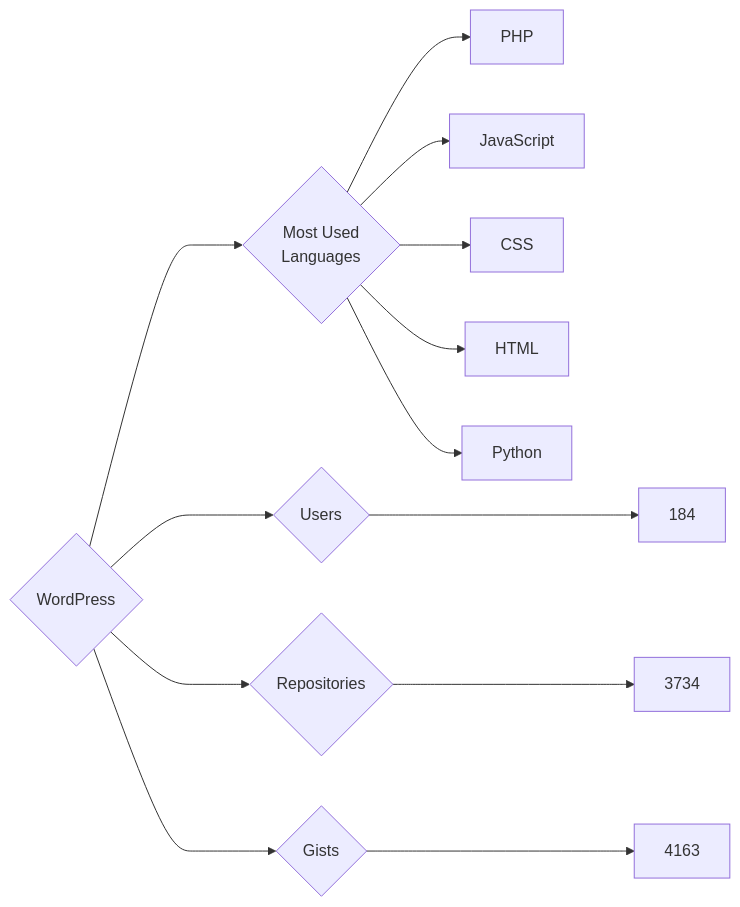
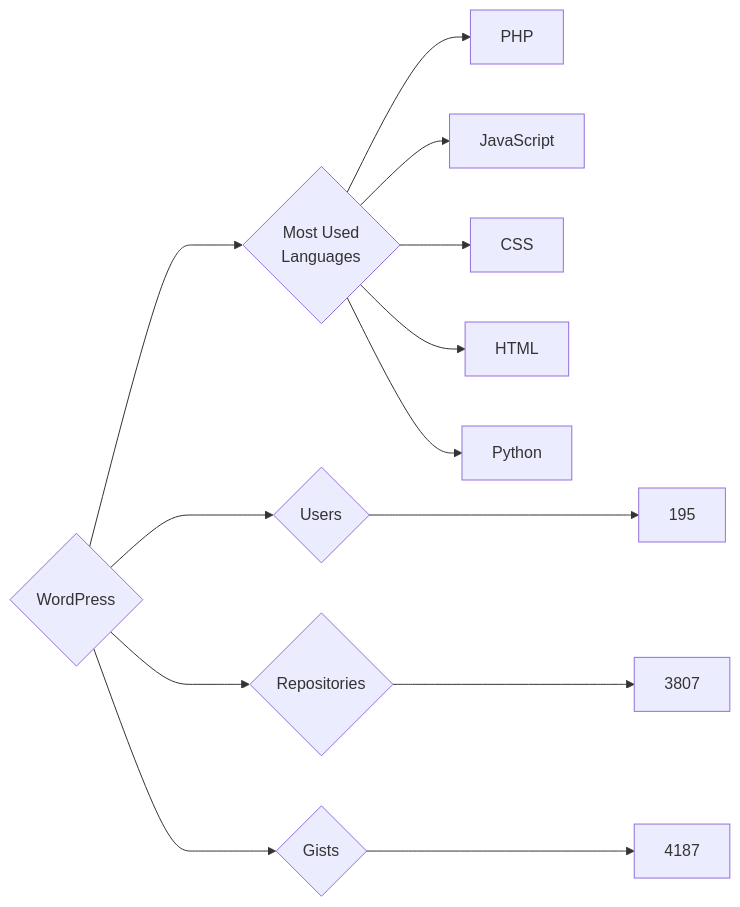
One commit to trickest/insiders changed the diagram in targets/WordPress/README.md. Above: the diagram before and after it, drawn with Mermaid. The commit also changed 839 other files, not shown here.

````diff
--- a/targets/WordPress/README.md
+++ b/targets/WordPress/README.md
@@ -3,13 +3,13 @@
 ```mermaid
 graph LR
 COMPANY_NAME{WordPress}
-COMPANY_NAME ---> U{Users} ---> UN[184]
-COMPANY_NAME ---> R{Repositories} ---> RN[3734]
-COMPANY_NAME ---> G{Gists} ---> GN[4163]
+COMPANY_NAME ---> U{Users} ---> UN[195]
+COMPANY_NAME ---> R{Repositories} ---> RN[3807]
+COMPANY_NAME ---> G{Gists} ---> GN[4187]
 COMPANY_NAME ---> ML{Most Used<br>Languages}
 ML --> PHP[PHP]
 ML --> JavaScript[JavaScript]
 ML --> CSS[CSS]
 ML --> HTML[HTML]
 ML --> Python[Python]
 ```
````
